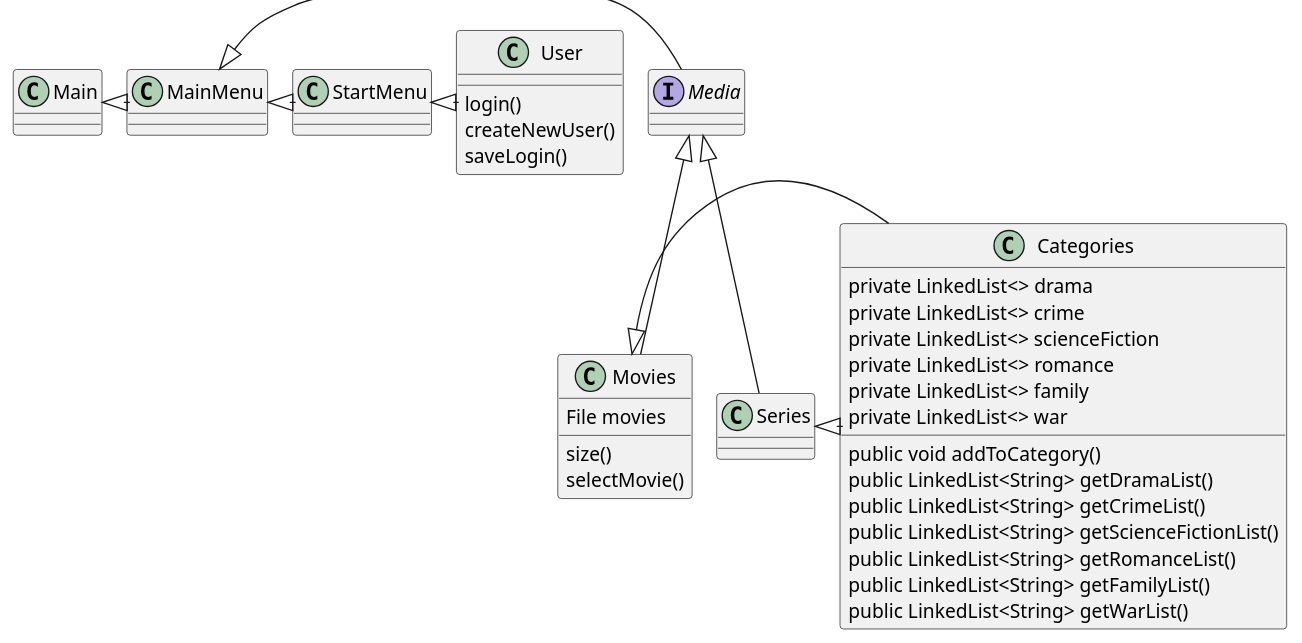
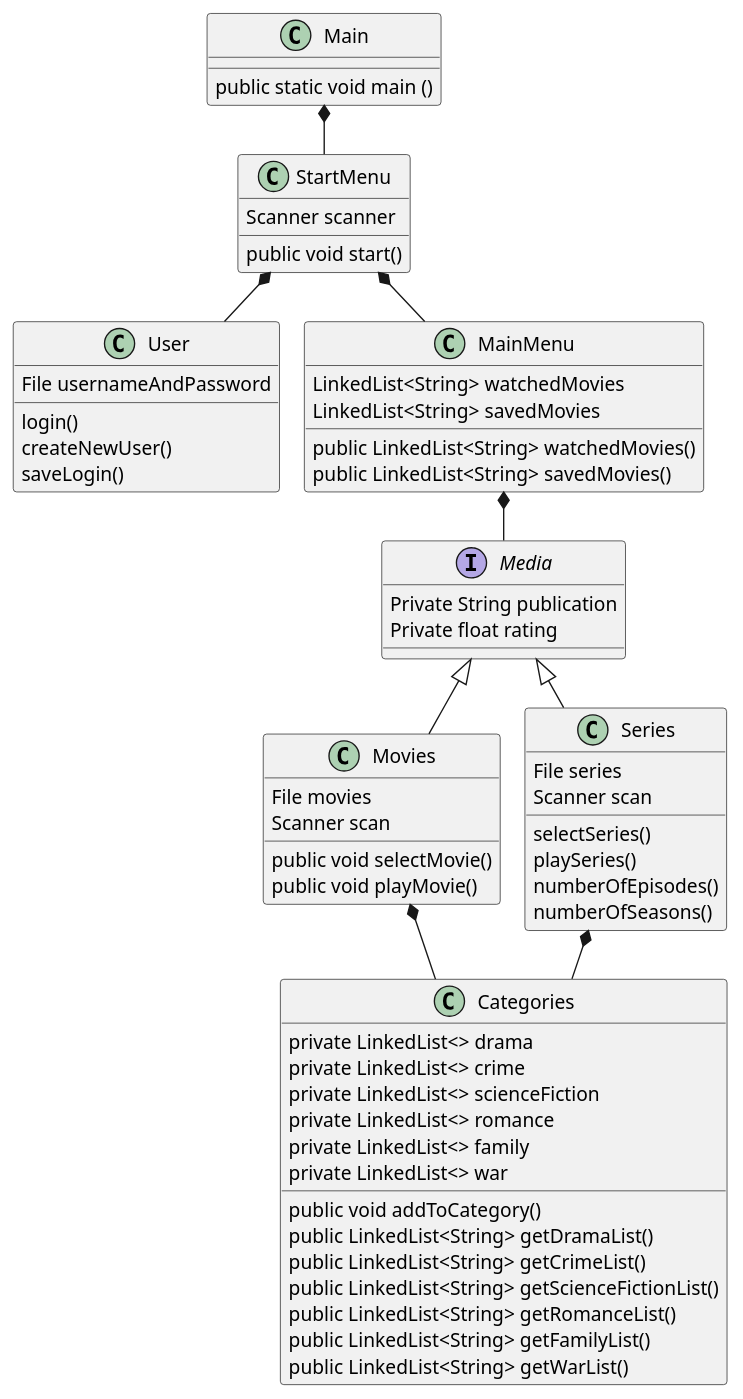
The diagram in .idea/Class.puml (MichellaBech/SP3), drawn with PlantUML before and after one commit. The commit also changed 1 other file, not shown here.

```diff
--- a/.idea/Class.puml
+++ b/.idea/Class.puml
@@ -1,55 +1,88 @@
 @startuml
 'https://plantuml.com/class-diagram
 !pragma layout smetana
 
 class Movies
 class Series
 interface Media
 class Categories
 class User
 class StartMenu
 class MainMenu
 class Main
 
 
 Media <|-- Movies
 Media <|-- Series
 
-Movies <|- Categories
-Series <|- Categories
-StartMenu <|- User
-MainMenu <|- StartMenu
-Main <|- MainMenu
-MainMenu <|- Media
+Movies *-- Categories
+Series *-- Categories
+StartMenu *-- User
+StartMenu *-- MainMenu
+Main *-- StartMenu
+MainMenu *-- Media
+
+class Main {
+public static void main ()
+}
+
+class StartMenu {
+Scanner scanner
+public void start()
+
+}
 
 class Categories {
 private LinkedList<> drama
 private LinkedList<> crime
 private LinkedList<> scienceFiction
 private LinkedList<> romance
 private LinkedList<> family
 private LinkedList<> war
 
 public void addToCategory()
 public LinkedList<String> getDramaList()
 public LinkedList<String> getCrimeList()
 public LinkedList<String> getScienceFictionList()
 public LinkedList<String> getRomanceList()
 public LinkedList<String> getFamilyList()
 public LinkedList<String> getWarList()
 }
 
+Interface Media {
+Private String publication
+Private float rating
+}
+
 class Movies{
 File movies
-size()
-selectMovie()
+Scanner scan
+public void selectMovie()
+public void playMovie()
+}
+
+class Series {
+File series
+Scanner scan
+selectSeries()
+playSeries()
+numberOfEpisodes()
+numberOfSeasons()
 }
 
 class User{
+File usernameAndPassword
 login()
 createNewUser()
 saveLogin()
 }
 
+class MainMenu {
+LinkedList<String> watchedMovies
+LinkedList<String> savedMovies
+public LinkedList<String> watchedMovies()
+public LinkedList<String> savedMovies()
+}
+
 
 @enduml
```
